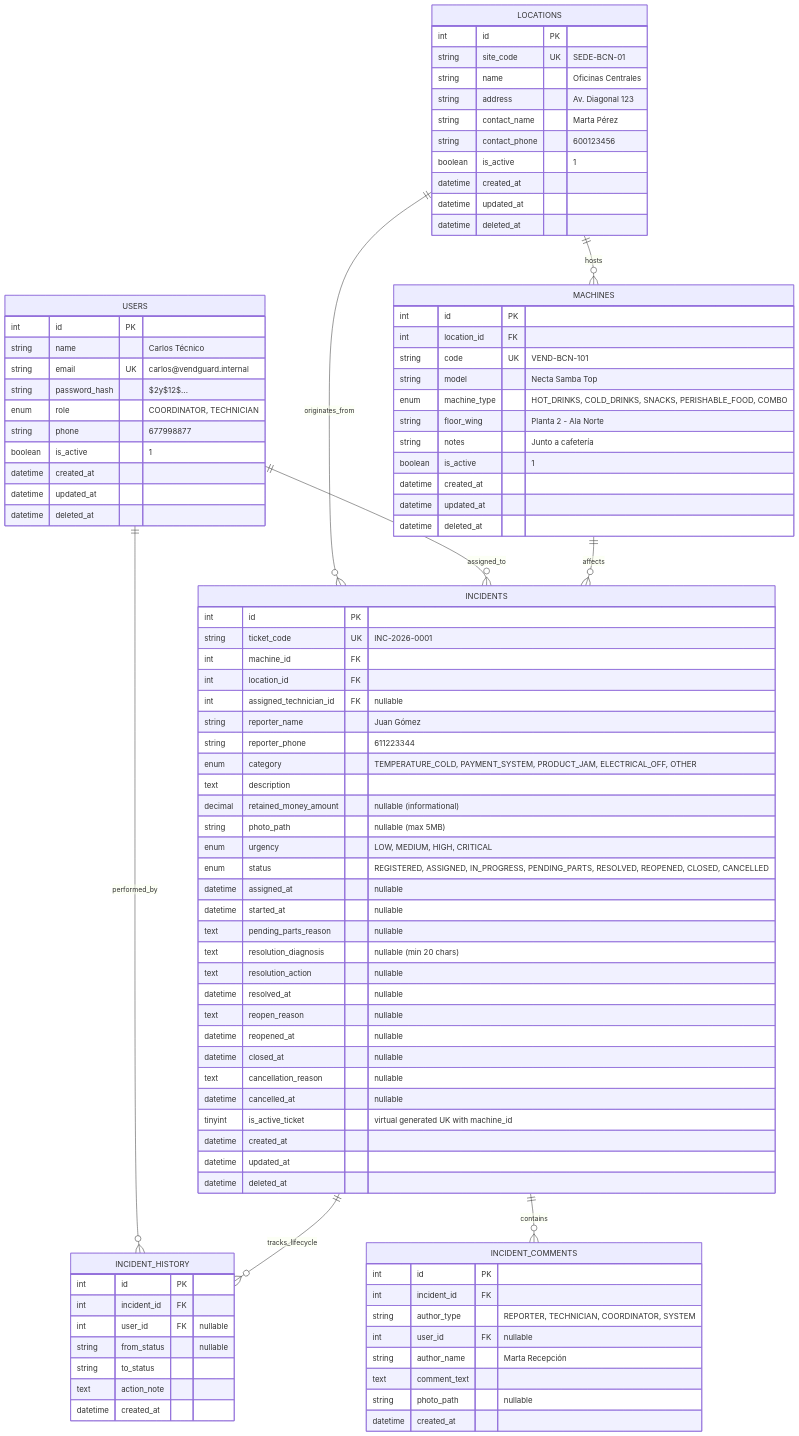
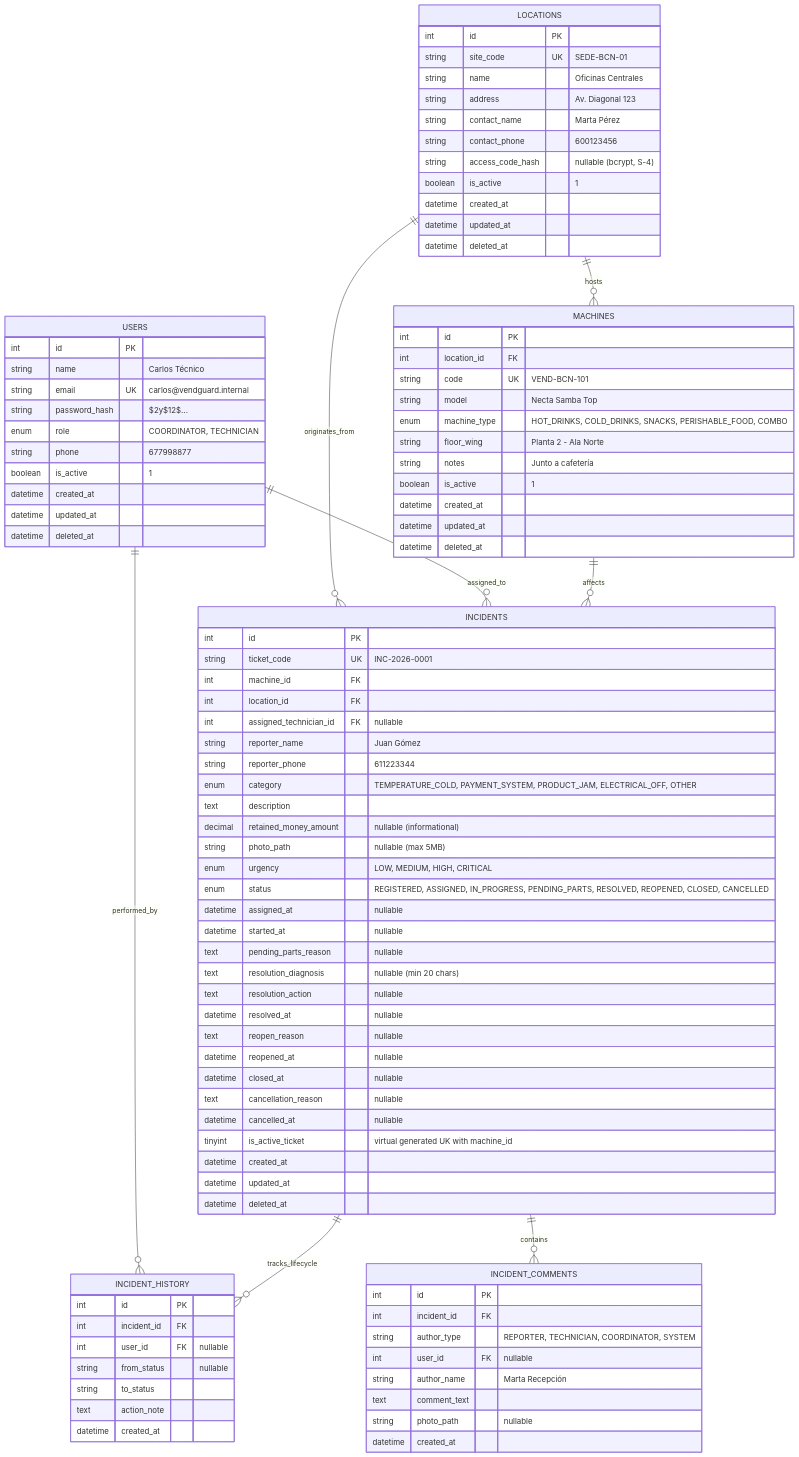
Before and after one commit to Rugsoft/VendGuard: the diagram in specs/technical/database_schema.md, drawn with Mermaid. The commit also changed other lines of this file and 12 other files, not shown here.

```diff
--- a/specs/technical/database_schema.md
+++ b/specs/technical/database_schema.md
@@ -36,6 +36,7 @@
         string address "Av. Diagonal 123"
         string contact_name "Marta Pérez"
         string contact_phone "600123456"
+        string access_code_hash "nullable (bcrypt, S-4)"
         boolean is_active "1"
         datetime created_at
         datetime updated_at
```
